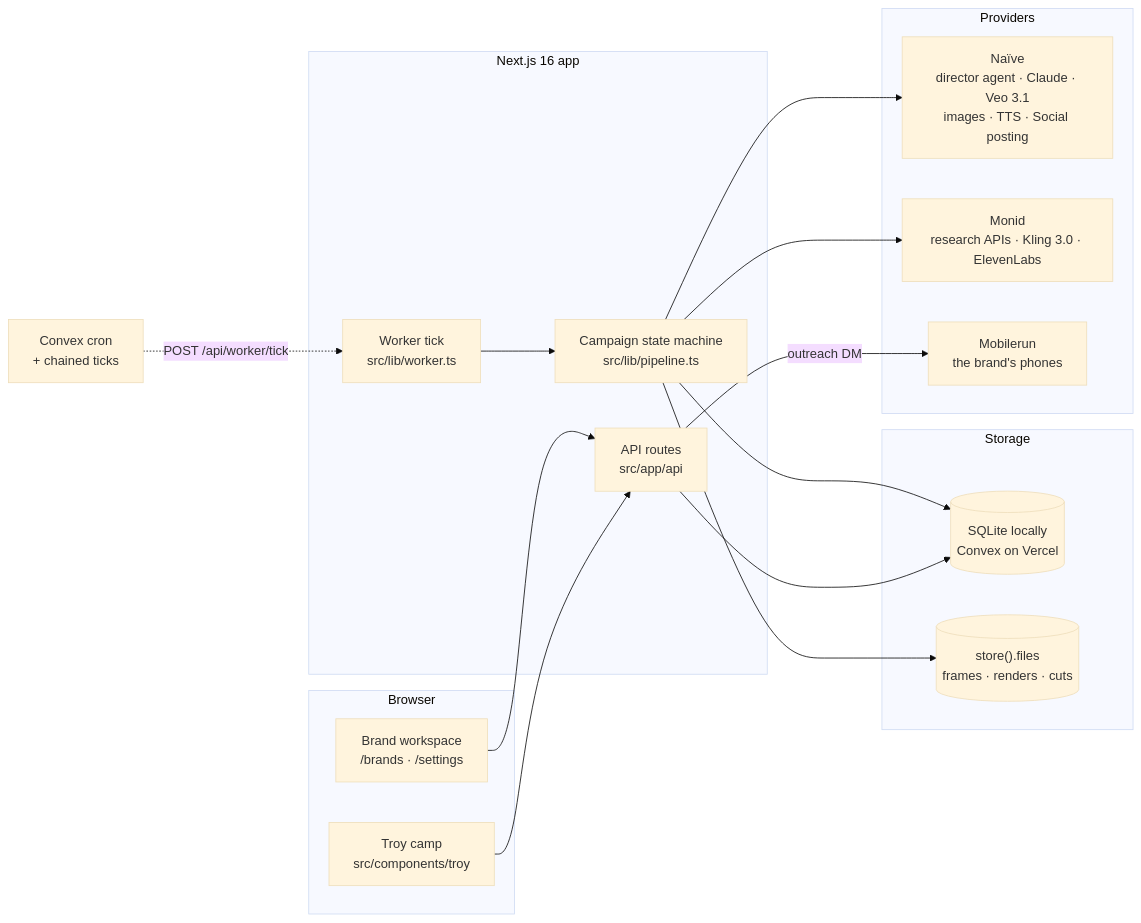
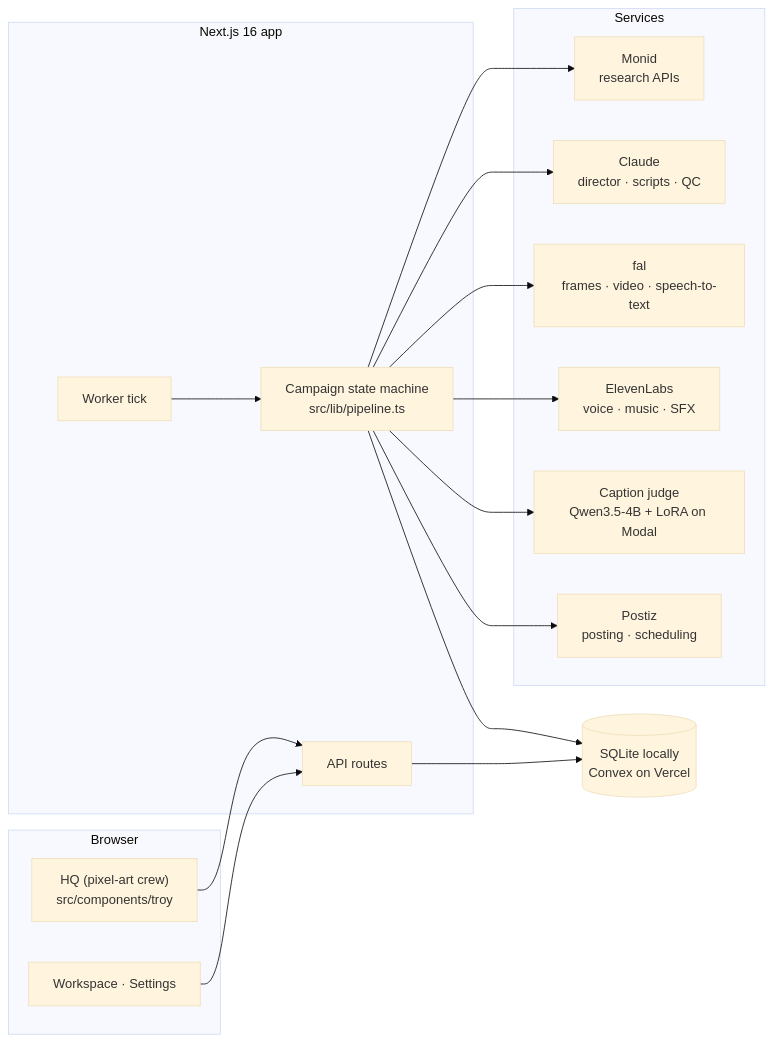
The diagram in README.md (XAE-A-Xii/Adtopia), drawn with Mermaid (base theme) before and after one commit. The commit also changed other lines of this file, not shown here.

Commit message:
Rewrite the README for Adtopia: problem, pipeline, caption judge, APIs and data

````diff
--- a/README.md
+++ b/README.md
@@ -74,37 +37,31 @@
 ```mermaid
 flowchart LR
     subgraph Client["Browser"]
-        Camp["Troy camp<br/>src/components/troy"]
-        Workspace["Brand workspace<br/>/brands · /settings"]
+        HQ["HQ (pixel-art crew)<br/>src/components/troy"]
+        Workspace["Workspace · Settings"]
     end
 
     subgraph App["Next.js 16 app"]
-        API["API routes<br/>src/app/api"]
-        Worker["Worker tick<br/>src/lib/worker.ts"]
+        API["API routes"]
+        Worker["Worker tick"]
         Pipeline["Campaign state machine<br/>src/lib/pipeline.ts"]
     end
 
-    subgraph Providers["Providers"]
-        Naive["Naïve<br/>director agent · Claude · Veo 3.1<br/>images · TTS · Social posting"]
-        Monid["Monid<br/>research APIs · Kling 3.0 · ElevenLabs"]
-        Mobilerun["Mobilerun<br/>the brand's phones"]
+    subgraph Providers["Services"]
+        Claude["Claude<br/>director · scripts · QC"]
+        Fal["fal<br/>frames · video · speech-to-text"]
+        Eleven["ElevenLabs<br/>voice · music · SFX"]
+        Monid["Monid<br/>research APIs"]
+        Judge["Caption judge<br/>Qwen3.5-4B + LoRA on Modal"]
+        Postiz["Postiz<br/>posting · scheduling"]
     end
 
-    subgraph Storage["Storage"]
-        DB[("SQLite locally<br/>Convex on Vercel")]
-        Files[("store().files<br/>frames · renders · cuts")]
-    end
+    Store[("SQLite locally<br/>Convex on Vercel")]
 
-    Cron["Convex cron<br/>+ chained ticks"]
-
-    Camp --> API
+    HQ --> API
     Workspace --> API
-    API --> DB
-    Cron -. "POST /api/worker/tick" .-> Worker
+    API --> Store
     Worker --> Pipeline
-    Pipeline --> Monid
-    Pipeline --> Naive
-    Pipeline --> DB
-    Pipeline --> Files
-    API -- "outreach DM" --> Mobilerun
+    Pipeline --> Monid & Claude & Fal & Eleven & Judge & Postiz
+    Pipeline --> Store
 ```
````
